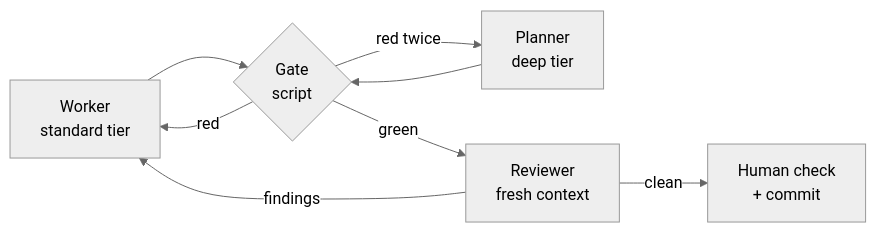
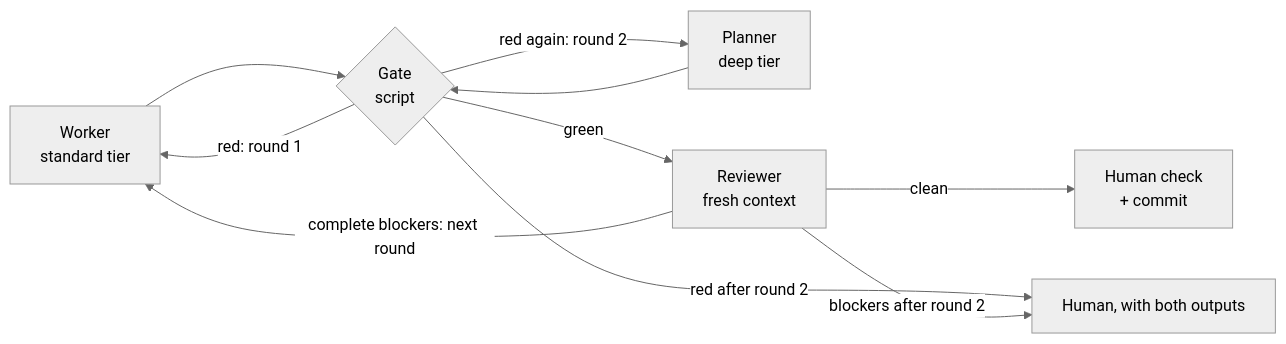
The diagram in kit/docs/review-loop.md (natsaros7/specter), drawn with Mermaid (neutral theme) before and after one commit. The commit also changed other lines of this file and 8 other files, not shown here.

````diff
--- a/kit/docs/review-loop.md
+++ b/kit/docs/review-loop.md
@@ -6,10 +6,12 @@
 ```mermaid
 flowchart LR
   W[Worker<br/>standard tier] --> G{Gate<br/>script}
-  G -- red --> W
-  G -- red twice --> P[Planner<br/>deep tier]
+  G -- "red: round 1" --> W
+  G -- "red again: round 2" --> P[Planner<br/>deep tier]
+  P --> G
   G -- green --> R[Reviewer<br/>fresh context]
-  R -- findings --> W
-  R -- clean --> H[Human check<br/>+ commit]
-  P --> G
+  R -- "complete blockers: next round" --> W
+  R -- clean --> C[Human check<br/>+ commit]
+  G -- "red after round 2" --> H[Human, with both outputs]
+  R -- "blockers after round 2" --> H
 ```
````
